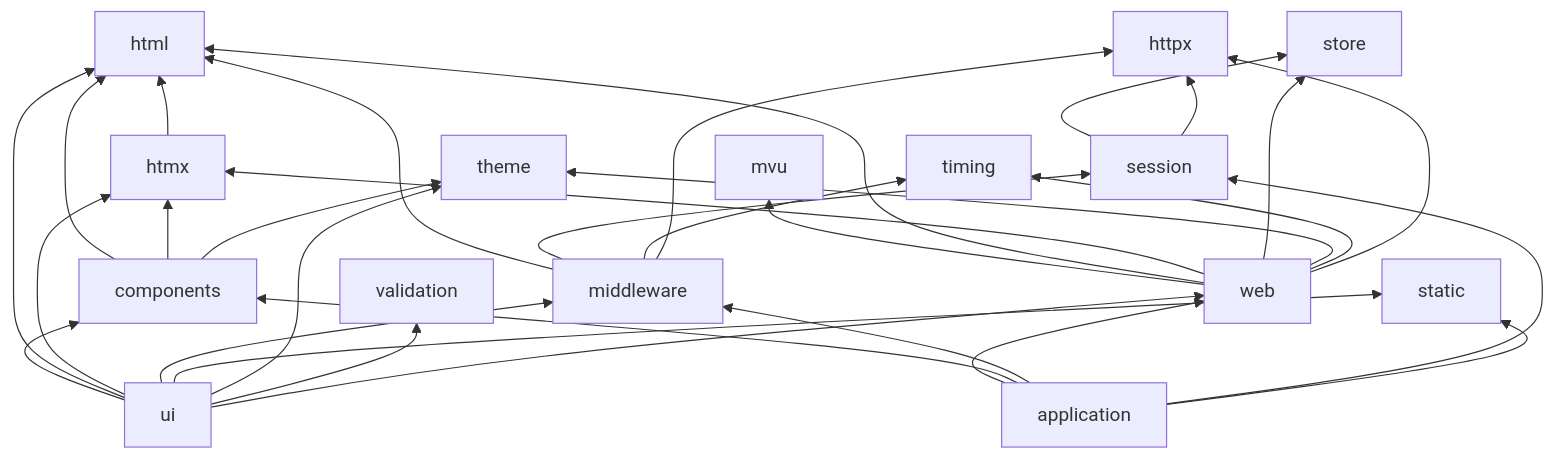
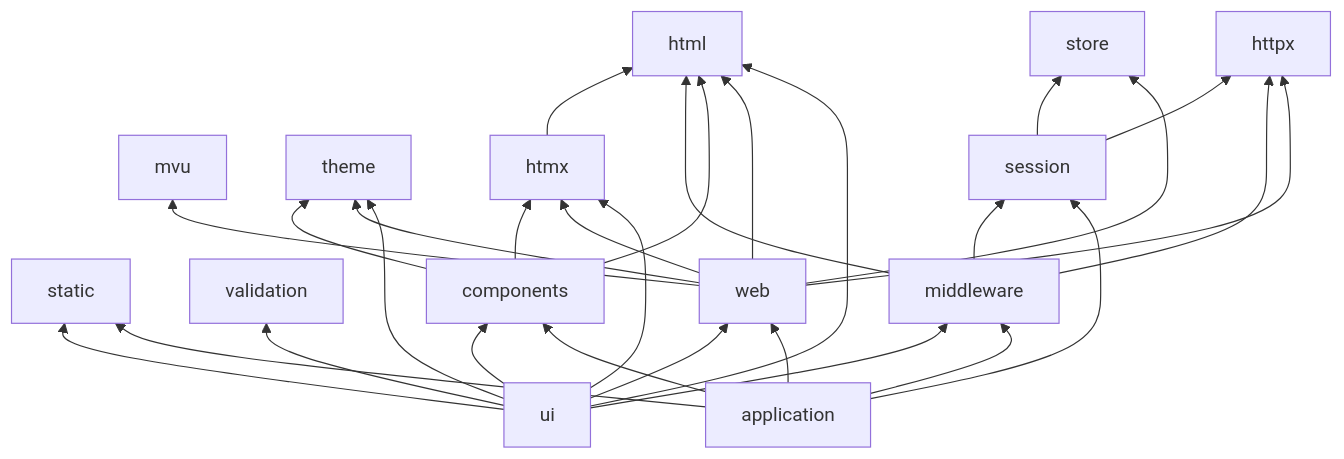
Before and after one commit to dmundt/go-mvu: the first of 2 diagrams in docs/architecture.md, drawn with Mermaid. The commit also changed other lines of this file and 16 other files, not shown here.

First line of the commit message:
refactor!: merge request timing into httpx

````diff
--- a/docs/architecture.md
+++ b/docs/architecture.md
@@ -72,11 +71,11 @@
 ```mermaid
 flowchart BT
-  html; mvu; store; theme; static; validation; timing; httpx
+  html; mvu; store; theme; static; validation; httpx
   htmx --> html
   session --> store & httpx
-  middleware --> html & session & timing & httpx
+  middleware --> html & session & httpx
   components --> html & htmx & theme
-  web --> mvu & html & htmx & store & theme & timing & httpx
+  web --> mvu & html & htmx & store & theme & httpx
   ui --> components & html & htmx & middleware & static & theme & validation & web
   app[application] --> web & components & middleware & session & static
 ```
````
